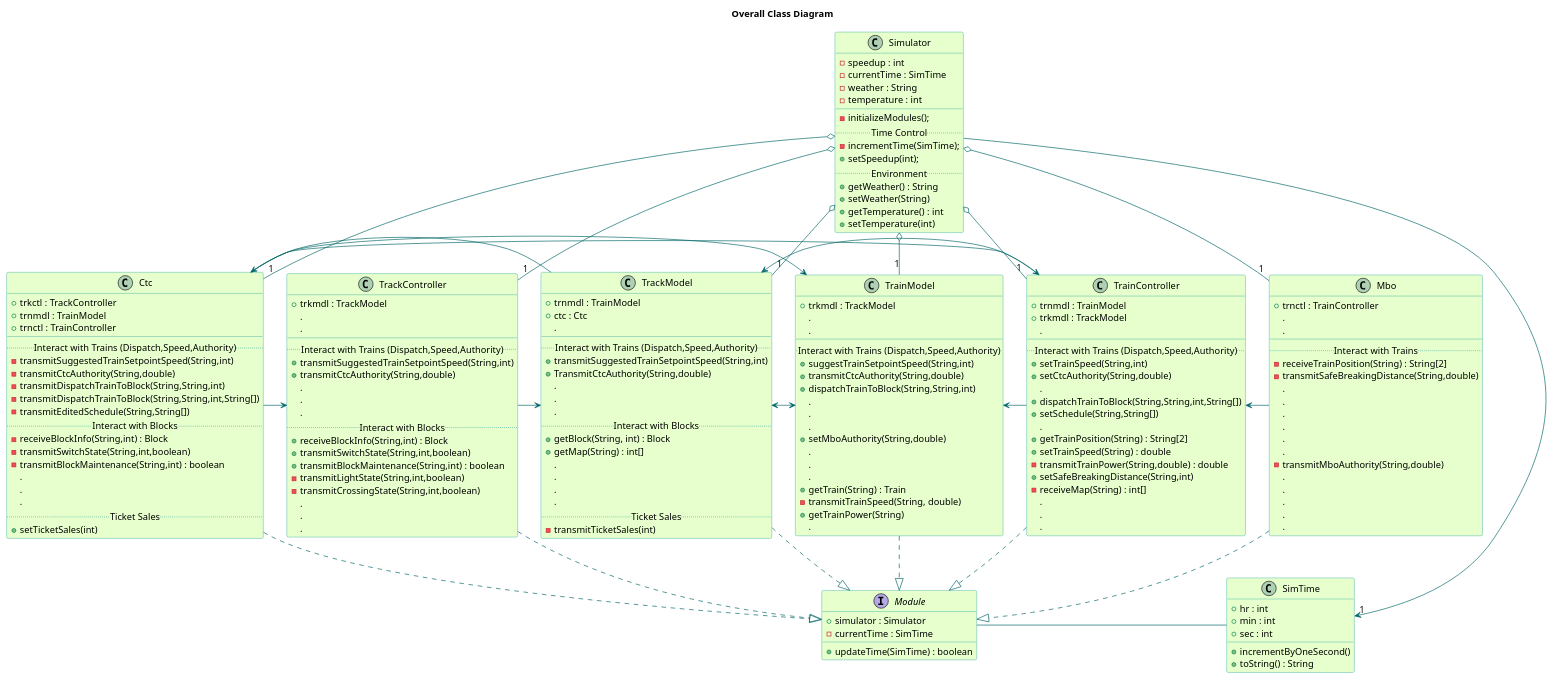
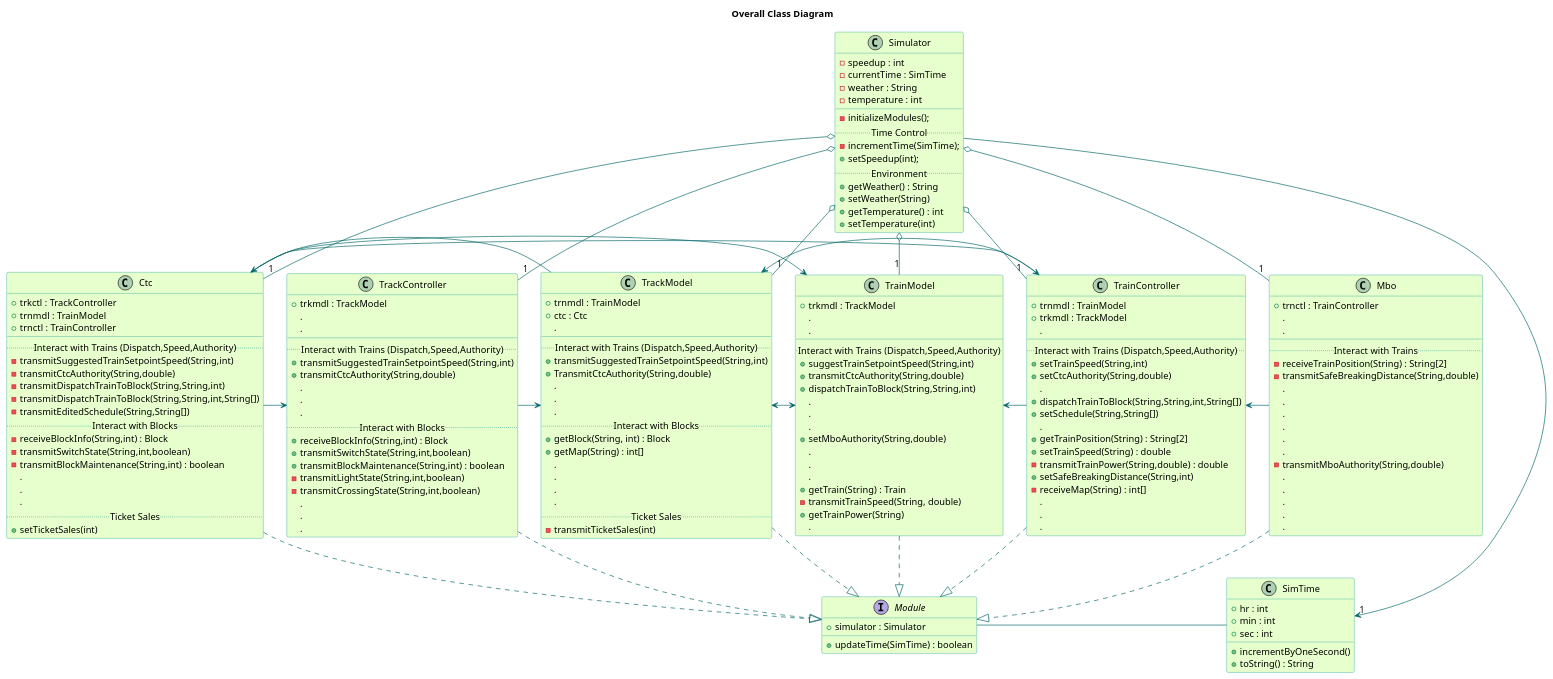
Before and after one commit to kevingilboy/COE1186: the diagram in TrainSystem/yUML/Class Diagrams/OverallClassDiagram.pu, drawn with PlantUML.

Commit message:
Module update

```diff
--- a/TrainSystem/yUML/Class Diagrams/OverallClassDiagram.pu
+++ b/TrainSystem/yUML/Class Diagrams/OverallClassDiagram.pu
@@ -1,195 +1,194 @@
 @startuml
 'if only I care about time of day, we should not import SimTime to Module'
 
 title Overall Class Diagram
 skinparam backgroundColor transparent
 skinparam classBackgroundColor #e6ffcc
 skinparam classBorderColor 	#049595
 skinparam packageBorderCOlor  #049595
 skinparam arrowColor #006666
 
 class Simulator{
   -speedup : int
   -currentTime : SimTime
   -weather : String
   -temperature : int
   __
   -initializeModules();
   ..Time Control..
   -incrementTime(SimTime);
   +setSpeedup(int);
   ..Environment..
   +getWeather() : String
   +setWeather(String)
   +getTemperature() : int
   +setTemperature(int)
 }
 class SimTime{
   +hr : int
   +min : int
   +sec : int
   +incrementByOneSecond()
   +toString() : String
 }
 interface Module{
   +simulator : Simulator
-  -currentTime : SimTime
   +updateTime(SimTime) : boolean
 }
 class Ctc{
   +trkctl : TrackController
   +trnmdl : TrainModel
   +trnctl : TrainController
   __
   ..Interact with Trains (Dispatch,Speed,Authority)..
   -transmitSuggestedTrainSetpointSpeed(String,int)
   -transmitCtcAuthority(String,double)
   -transmitDispatchTrainToBlock(String,String,int)
   -transmitDispatchTrainToBlock(String,String,int,String[])
     -transmitEditedSchedule(String,String[])
   ..Interact with Blocks..
   -receiveBlockInfo(String,int) : Block
   -transmitSwitchState(String,int,boolean)
   -transmitBlockMaintenance(String,int) : boolean
   .
   .
   .
   ..Ticket Sales..
   +setTicketSales(int)
 }
 class TrackController{
   +trkmdl : TrackModel
   .
   .
   __
   ..Interact with Trains (Dispatch,Speed,Authority)..
   +transmitSuggestedTrainSetpointSpeed(String,int)
   +transmitCtcAuthority(String,double)
   .
   .
   .
   ..Interact with Blocks..
   +receiveBlockInfo(String,int) : Block
   +transmitSwitchState(String,int,boolean)
   +transmitBlockMaintenance(String,int) : boolean
   -transmitLightState(String,int,boolean)
   -transmitCrossingState(String,int,boolean)
   .
   .
   .
 }
 class TrackModel{
   +trnmdl : TrainModel
   +ctc : Ctc
   .
   __
   ..Interact with Trains (Dispatch,Speed,Authority)..
   +transmitSuggestedTrainSetpointSpeed(String,int)
   +TransmitCtcAuthority(String,double)
   .
   .
   .
   ..Interact with Blocks..
   +getBlock(String, int) : Block
   +getMap(String) : int[]
   .
   .
   .
   .
   ..Ticket Sales..
   -transmitTicketSales(int)
 }
 class TrainModel{
   +trkmdl : TrackModel
   .
   .
   __
   ..Interact with Trains (Dispatch,Speed,Authority)..
   +suggestTrainSetpointSpeed(String,int)
   +transmitCtcAuthority(String,double)
   +dispatchTrainToBlock(String,String,int)
   .
   .
   .
   +setMboAuthority(String,double)
   .
   .
   .
   +getTrain(String) : Train
   -transmitTrainSpeed(String, double)
   +getTrainPower(String)
   .
 }
 class TrainController{
   +trnmdl : TrainModel
   +trkmdl : TrackModel
   .
   __
   ..Interact with Trains (Dispatch,Speed,Authority)..
   +setTrainSpeed(String,int)
   +setCtcAuthority(String,double)
   .
   +dispatchTrainToBlock(String,String,int,String[])
   +setSchedule(String,String[])
   .
   +getTrainPosition(String) : String[2]
   +setTrainSpeed(String) : double
   -transmitTrainPower(String,double) : double
   +setSafeBreakingDistance(String,int)
   -receiveMap(String) : int[]
   .
   .
   .
 }
 class Mbo{
   +trnctl : TrainController
   .
   .
   __
   ..Interact with Trains..
   -receiveTrainPosition(String) : String[2]
   -transmitSafeBreakingDistance(String,double)
   .
   .
   .
   .
   .
   .
   -transmitMboAuthority(String,double)
   .
   .
   .
   .
   .
 }
 
 Simulator -> "1" SimTime
 
 Simulator o--"1" Ctc
 TrackController "1"--o Simulator
 TrackModel "1"--o Simulator
 TrainModel "1"--o Simulator
 TrainController "1"--o Simulator
 Mbo "1"--o Simulator
 
 Ctc -.|> Module
 TrackController -.|> Module
 TrackModel -.|> Module
 TrainModel -.|> Module
 TrainController -.|> Module
 Mbo -.|> Module
 
 Module - SimTime
 
 Ctc -> TrackController
 TrackController -> TrackModel
 TrackModel <-> TrainModel
 TrainModel <- TrainController
 TrainController <- Mbo
 
 TrainController -> TrackModel /'for getting map'/
 TrackModel -> Ctc /'for ticket sales'/
 Ctc -> TrainModel /'for dispatching'/
 Ctc -> TrainController /'for dispatching'/
 
 @enduml
```
